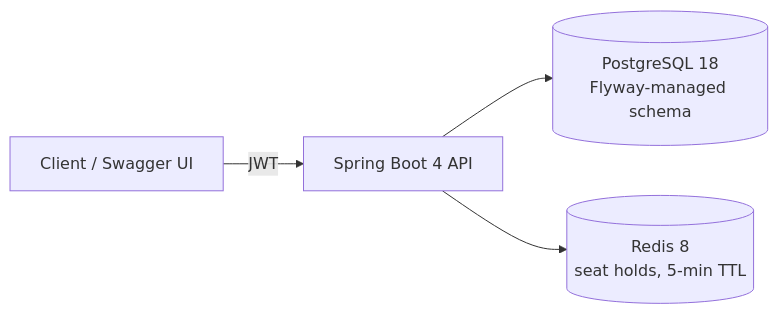
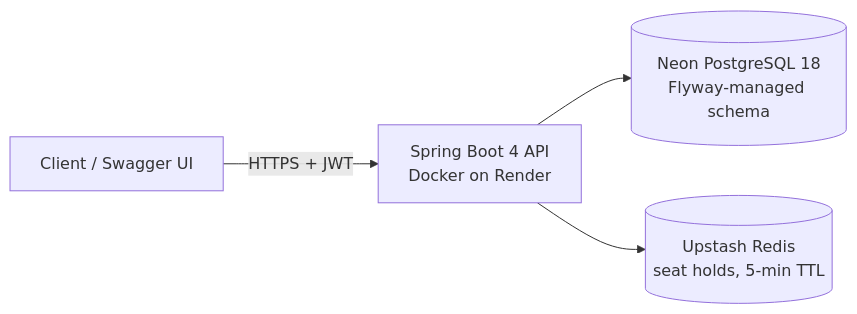
Before and after one commit to Abhishek360007/BookMySeat: the first of 3 diagrams in README.md, drawn with Mermaid. The commit also changed other lines of this file and 2 other files, not shown here.

````diff
--- a/README.md
+++ b/README.md
@@ -23,6 +29,6 @@
 ```mermaid
 flowchart LR
-    C[Client / Swagger UI] -->|JWT| API[Spring Boot 4 API]
-    API --> PG[(PostgreSQL 18<br/>Flyway-managed schema)]
-    API --> R[(Redis 8<br/>seat holds, 5-min TTL)]
+    C[Client / Swagger UI] -->|HTTPS + JWT| API[Spring Boot 4 API<br/>Docker on Render]
+    API --> PG[(Neon PostgreSQL 18<br/>Flyway-managed schema)]
+    API --> R[(Upstash Redis<br/>seat holds, 5-min TTL)]
 ```
````
